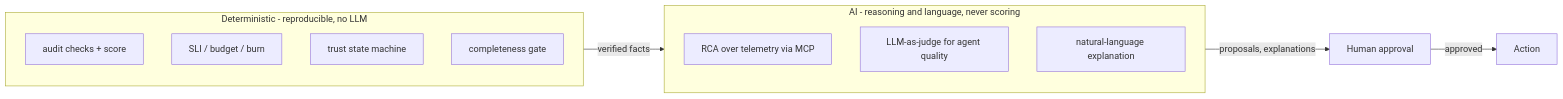
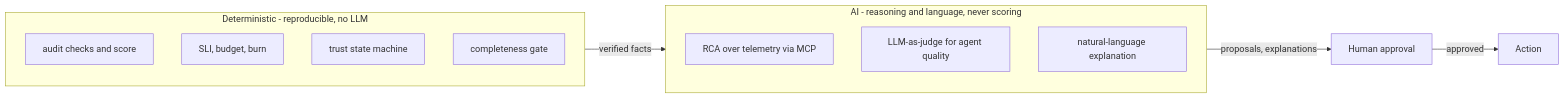
Before and after one commit to SigNoz/signoz: the third of 4 diagrams in hackathon/telemetry-health-auditor-prd.md, drawn with Mermaid. The commit also changed other lines of this file, not shown here.

First line of the commit message:
fix(prd): make all mermaid diagrams github-render-safe

````diff
--- a/hackathon/telemetry-health-auditor-prd.md
+++ b/hackathon/telemetry-health-auditor-prd.md
@@ -250,17 +245,17 @@
 ```mermaid
 flowchart LR
-    subgraph det[Deterministic - reproducible, no LLM]
-        A[audit checks + score]
-        B[SLI / budget / burn]
-        S[trust state machine]
-        G[completeness gate]
+    subgraph det["Deterministic - reproducible, no LLM"]
+        A["audit checks and score"]
+        B["SLI, budget, burn"]
+        S["trust state machine"]
+        G["completeness gate"]
     end
-    subgraph ai[AI - reasoning and language, never scoring]
-        R[RCA over telemetry via MCP]
-        J[LLM-as-judge for agent quality]
-        E[natural-language explanation]
+    subgraph ai["AI - reasoning and language, never scoring"]
+        R["RCA over telemetry via MCP"]
+        J["LLM-as-judge for agent quality"]
+        E["natural-language explanation"]
     end
-    det -->|verified facts| ai
-    ai -->|proposals, explanations| H[Human approval]
-    H -->|approved| ACT[Action]
+    det -->|"verified facts"| ai
+    ai -->|"proposals, explanations"| H["Human approval"]
+    H -->|"approved"| ACTION["Action"]
 ```
````
